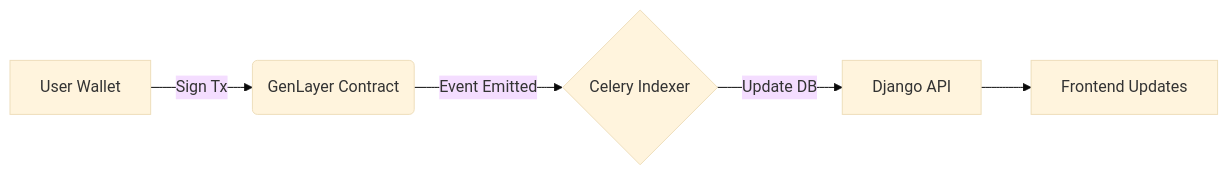
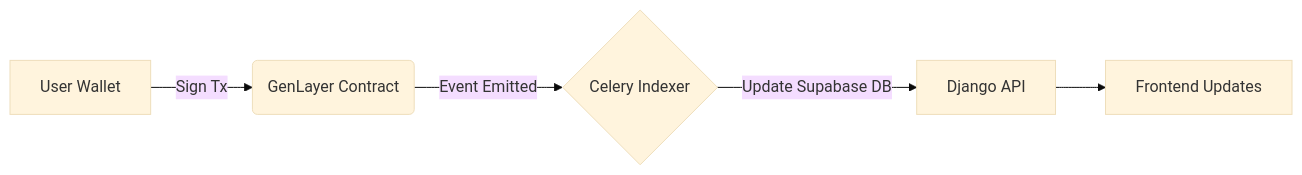
One commit to micoliser/agora changed the diagram in README.md. Above: the diagram before and after it, drawn with Mermaid (base theme). The commit also changed other lines of this file and 10 other files, not shown here.

````diff
--- a/README.md
+++ b/README.md
@@ -62,7 +62,7 @@
 ```mermaid
 flowchart LR
     A["User Wallet"] -->|Sign Tx| B("GenLayer Contract")
     B -->|Event Emitted| C{"Celery Indexer"}
-    C -->|Update DB| D["Django API"]
+    C -->|Update Supabase DB| D["Django API"]
     D --> E["Frontend Updates"]
 ```
````
